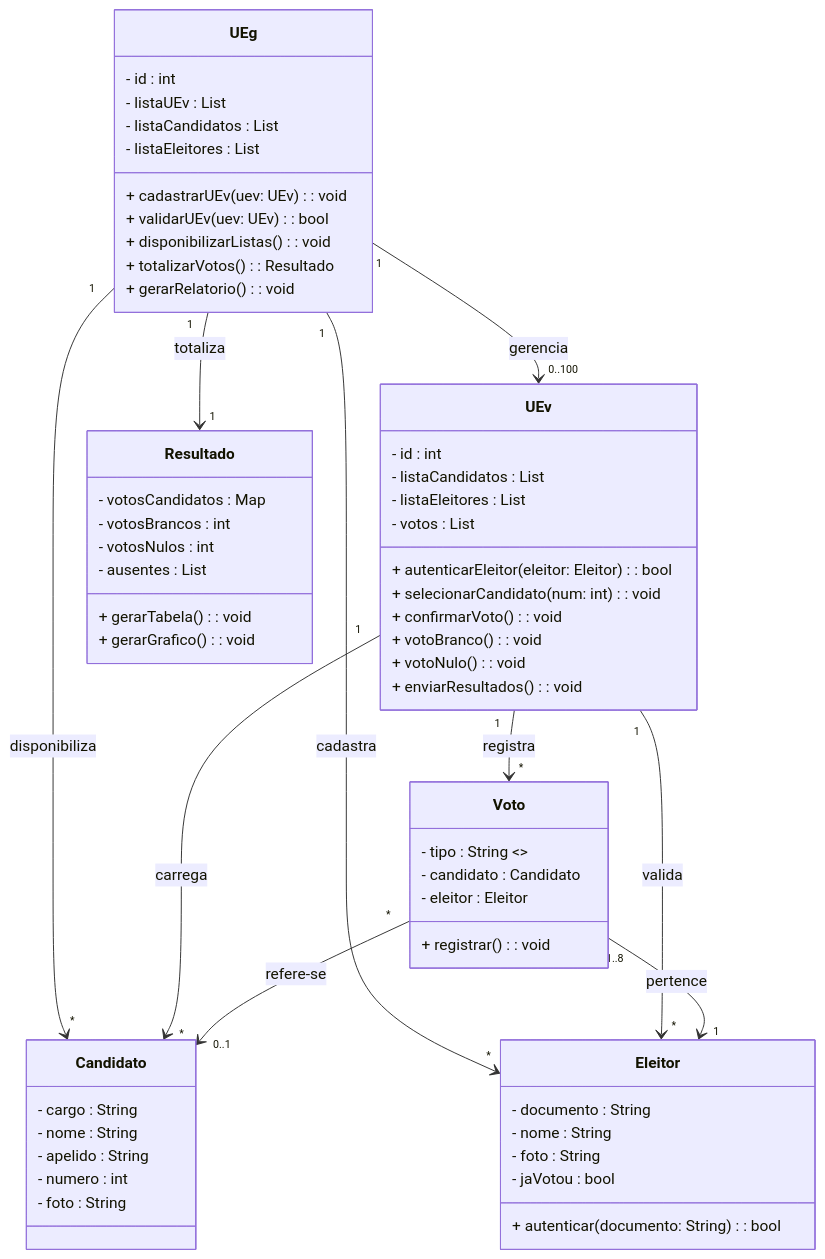
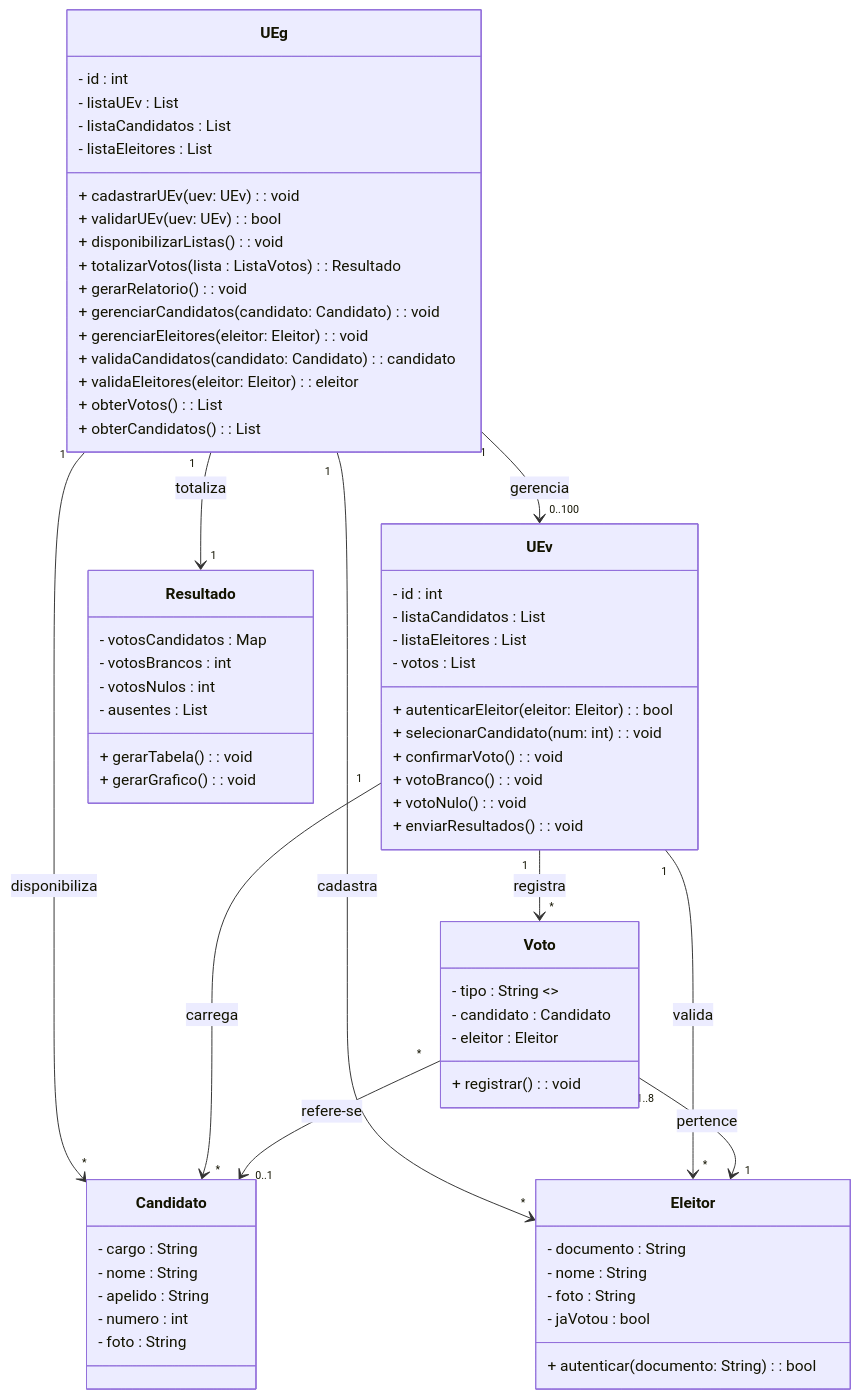
One commit to HG0304/CC6522-MODELAGEM-DE-SOFTWARE-ORIENTADO-A-OBJETOS changed the diagram in diagrama_classes_urna_eletronica.md. Above: the diagram before and after it, drawn with Mermaid. The commit also changed 2 other files, not shown here.

Commit message:
adicionados os diagramas de sequencia para o UC 1, 3, 4, 5, 6, 7
Adição do metodos:
        + gerenciarCandidatos(candidato: Candidato) : void
        + gerenciarEleitores(eleitor: Eleitor) : void
        + validaCandidatos(candidato: Candidato) : candidato
        + validaEleitores(eleitor: Eleitor) : eleitor
        + obterVotos() : List
        + obterCandidatos() : List

Remoção do UC_2 - Validar UEv

````diff
--- a/diagrama_classes_urna_eletronica.md
+++ b/diagrama_classes_urna_eletronica.md
@@ -7,70 +7,76 @@
 ```mermaid
 classDiagram
     class UEg {
         - id : int
         - listaUEv : List<UEv>
         - listaCandidatos : List<Candidato>
         - listaEleitores : List<Eleitor>
         + cadastrarUEv(uev: UEv) : void
         + validarUEv(uev: UEv) : bool
         + disponibilizarListas() : void
-        + totalizarVotos() : Resultado
+        + totalizarVotos(lista : ListaVotos) : Resultado
         + gerarRelatorio() : void
+        + gerenciarCandidatos(candidato: Candidato) : void
+        + gerenciarEleitores(eleitor: Eleitor) : void
+        + validaCandidatos(candidato: Candidato) : candidato
+        + validaEleitores(eleitor: Eleitor) : eleitor
+        + obterVotos() : List
+        + obterCandidatos() : List
     }
 
     class UEv {
         - id : int
         - listaCandidatos : List<Candidato>
         - listaEleitores : List<Eleitor>
         - votos : List<Voto>
         + autenticarEleitor(eleitor: Eleitor) : bool
         + selecionarCandidato(num: int) : void
         + confirmarVoto() : void
         + votoBranco() : void
         + votoNulo() : void
         + enviarResultados() : void
     }
 
     class Eleitor {
         - documento : String
         - nome : String
         - foto : String
         - jaVotou : bool
         + autenticar(documento: String) : bool
     }
 
     class Candidato {
         - cargo : String
         - nome : String
         - apelido : String
         - numero : int
         - foto : String
     }
 
     class Voto {
         - tipo : String  <<confirmado, branco, nulo>>
         - candidato : Candidato
         - eleitor : Eleitor
         + registrar() : void
     }
 
     class Resultado {
         - votosCandidatos : Map<Candidato, int>
         - votosBrancos : int
         - votosNulos : int
         - ausentes : List<Eleitor>
         + gerarTabela() : void
         + gerarGrafico() : void
     }
 
     %% Relações
     UEg "1" --> "0..100" UEv : gerencia
     UEg "1" --> "*" Candidato : disponibiliza
     UEg "1" --> "*" Eleitor : cadastra
     UEv "1" --> "*" Candidato : carrega
     UEv "1" --> "*" Eleitor : valida
     UEv "1" --> "*" Voto : registra
     Voto "1..8" --> "1" Eleitor : pertence
     Voto "*" --> "0..1" Candidato : refere-se
     UEg "1" --> "1" Resultado : totaliza
 ```
````
